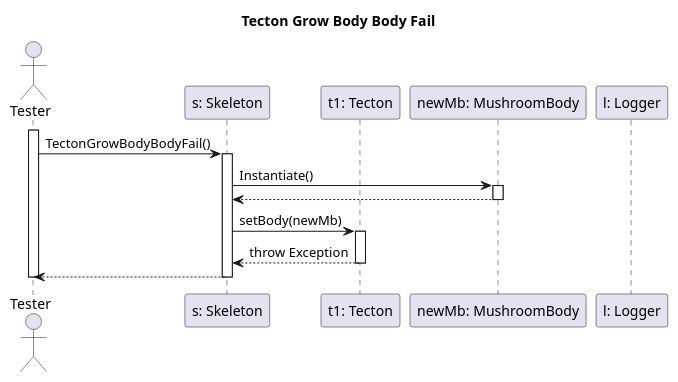
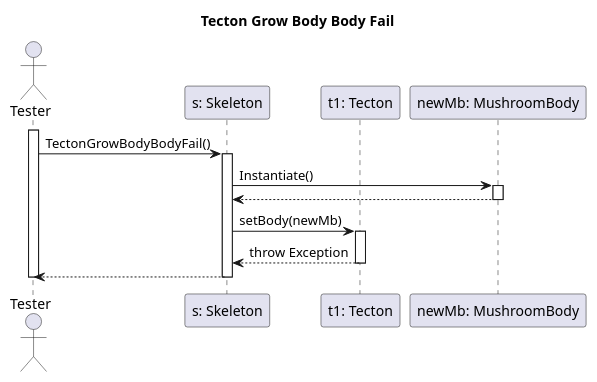
One commit to dzsem/projlab changed the diagram in diagrams/test-sequence/tectonGrowBodyBodyFail.puml. Above: the diagram before and after it, drawn with PlantUML.

Commit message:
removed logger for real from tectonGrowBodyBodyFail

```diff
--- a/diagrams/test-sequence/tectonGrowBodyBodyFail.puml
+++ b/diagrams/test-sequence/tectonGrowBodyBodyFail.puml
@@ -1,32 +1,31 @@
 @startuml tectonGrowBodyTest
 
 title Tecton Grow Body Body Fail
 
 actor "Tester" as ts
 participant "s: Skeleton" as s
 participant "t1: Tecton" as t1
 participant "newMb: MushroomBody" as newMb
-participant "l: Logger" as l
 
 activate ts
 
 ts -> s: TectonGrowBodyBodyFail()
 activate s
 
 s -> newMb: Instantiate()
 activate newMb
 s <-- newMb
 deactivate newMb
 
 s -> t1: setBody(newMb)
 activate t1
 
 s <-- t1: throw Exception
 deactivate t1
 
 ts <-- s
 deactivate s
 
 deactivate ts
 
 @enduml
```
